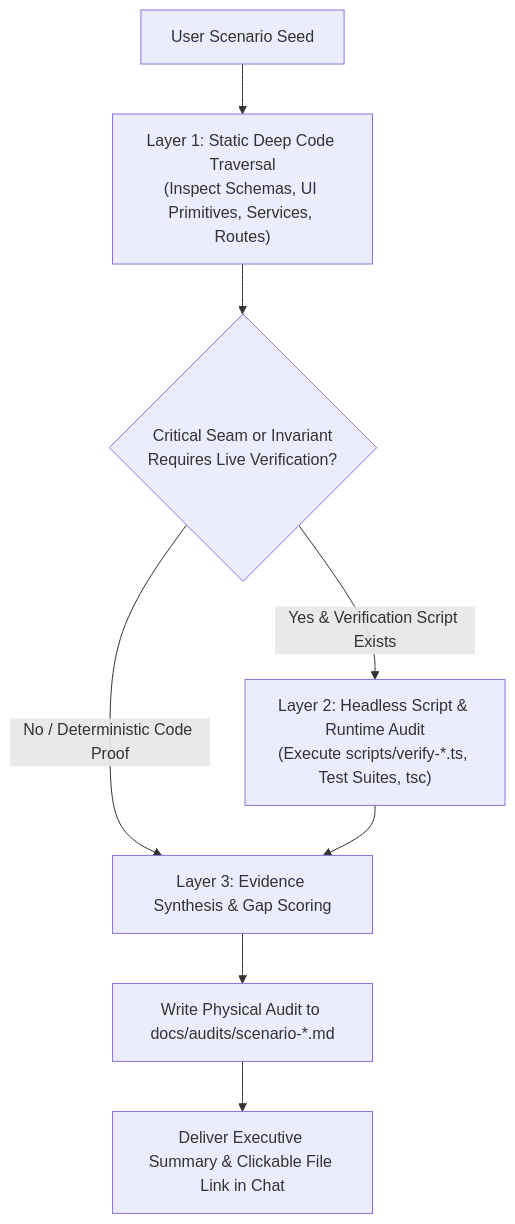
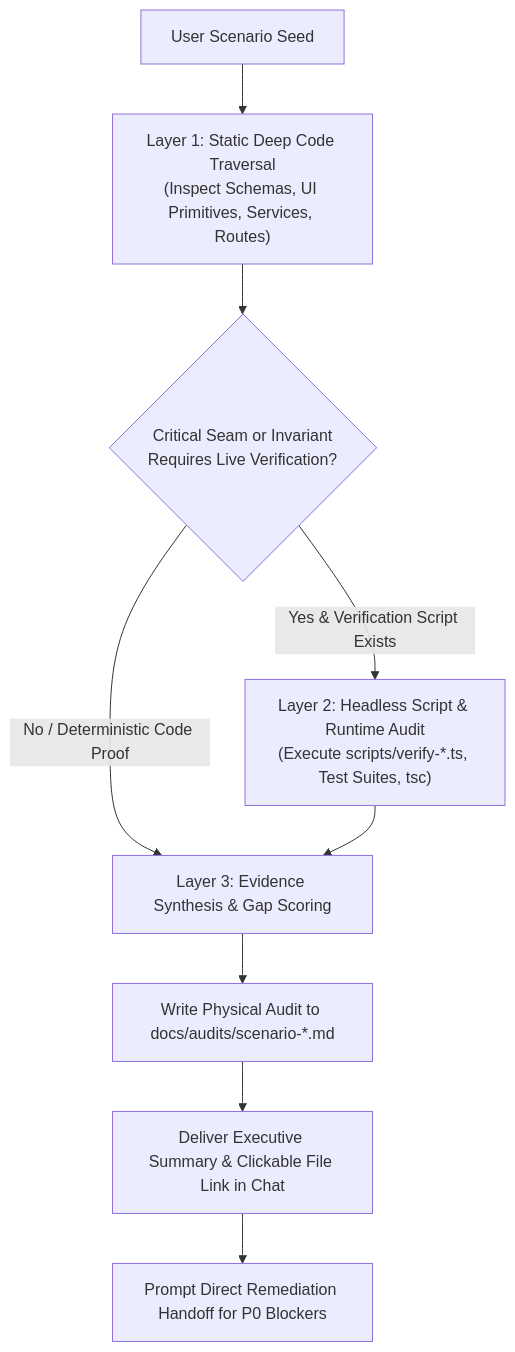
One commit to Delizade-Antigravity-Skills/scenario-probe changed the diagram in SKILL.md. Above: the diagram before and after it, drawn with Mermaid. The commit also changed other lines of this file, not shown here.

Commit message:
feat: add direct remediation handoff protocol

````diff
--- a/SKILL.md
+++ b/SKILL.md
@@ -55,10 +59,11 @@
 ```mermaid
 flowchart TD
     Scenario["User Scenario Seed"] --> Layer1["Layer 1: Static Deep Code Traversal<br/>(Inspect Schemas, UI Primitives, Services, Routes)"]
     Layer1 --> SeamCheck{"Critical Seam or Invariant<br/>Requires Live Verification?"}
     SeamCheck -- "Yes & Verification Script Exists" --> Layer2["Layer 2: Headless Script & Runtime Audit<br/>(Execute scripts/verify-*.ts, Test Suites, tsc)"]
     SeamCheck -- "No / Deterministic Code Proof" --> Synthesize["Layer 3: Evidence Synthesis & Gap Scoring"]
     Layer2 --> Synthesize
     Synthesize --> InRepoDoc["Write Physical Audit to docs/audits/scenario-*.md"]
     InRepoDoc --> ChatSummary["Deliver Executive Summary & Clickable File Link in Chat"]
+    ChatSummary --> RemediationPrompt["Prompt Direct Remediation Handoff for P0 Blockers"]
 ```
````
